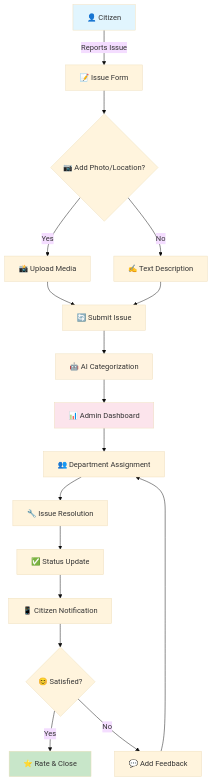
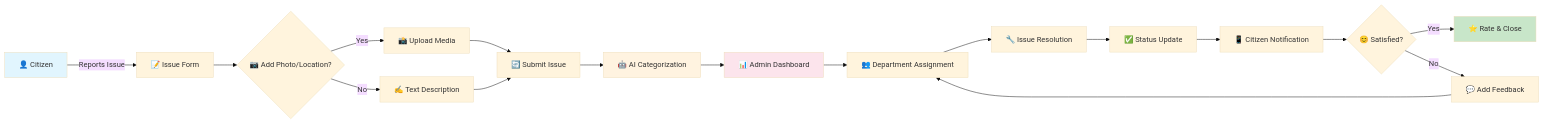
One commit to MrPanda009/SIH-Project-V3 changed the diagram in README.md. Above: the diagram before and after it, drawn with Mermaid (base theme).

Commit message:
Update README.md flowchart

````diff
--- a/README.md
+++ b/README.md
@@ -61,24 +61,24 @@
 ```mermaid
-flowchart TD
+flowchart LR
     A[👤 Citizen] -->|Reports Issue| B[📝 Issue Form]
     B --> C{📷 Add Photo/Location?}
     C -->|Yes| D[📸 Upload Media]
     C -->|No| E[✍️ Text Description]
     D --> F[🔄 Submit Issue]
     E --> F
     F --> G[🤖 AI Categorization]
     G --> H[📊 Admin Dashboard]
     H --> I[👥 Department Assignment]
     I --> J[🔧 Issue Resolution]
     J --> K[✅ Status Update]
     K --> L[📱 Citizen Notification]
     L --> M{😊 Satisfied?}
     M -->|Yes| N[⭐ Rate & Close]
     M -->|No| O[💬 Add Feedback]
     O --> I
     
     style A fill:#e1f5fe
     style N fill:#c8e6c9
     style G fill:#fff3e0
     style H fill:#fce4ec
 ```
````
